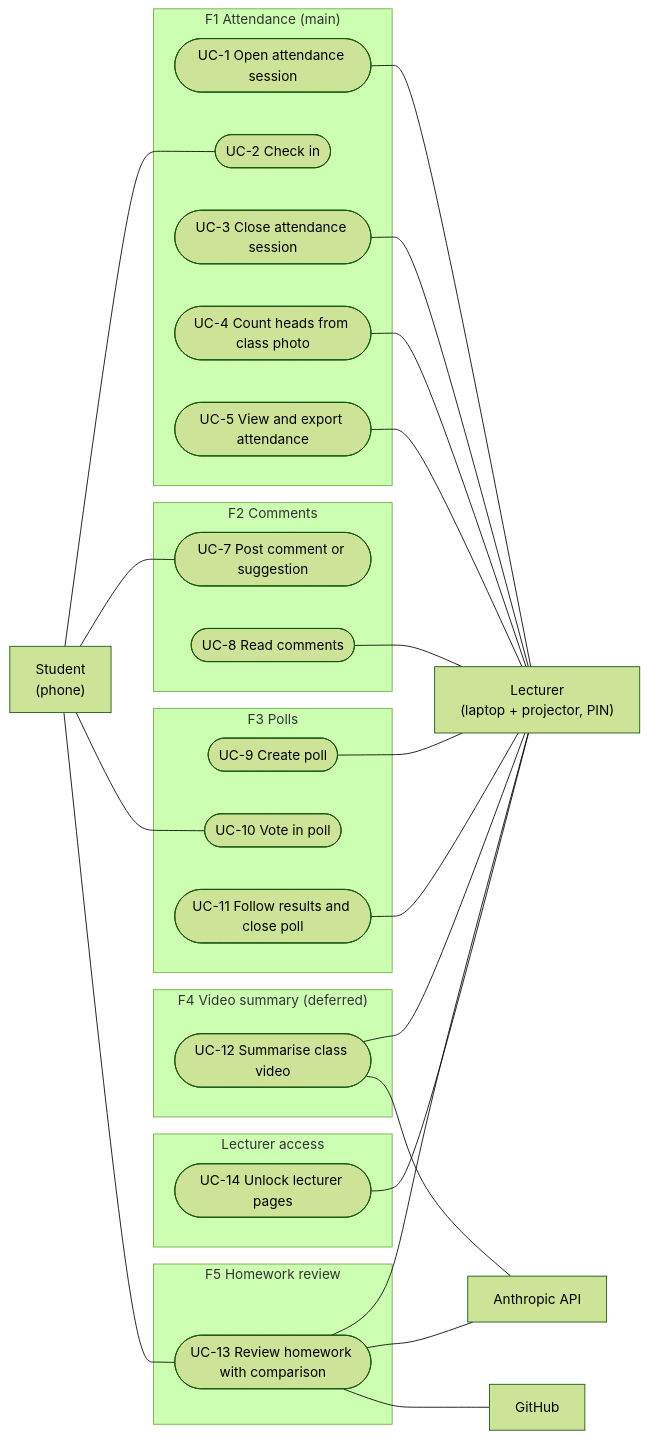
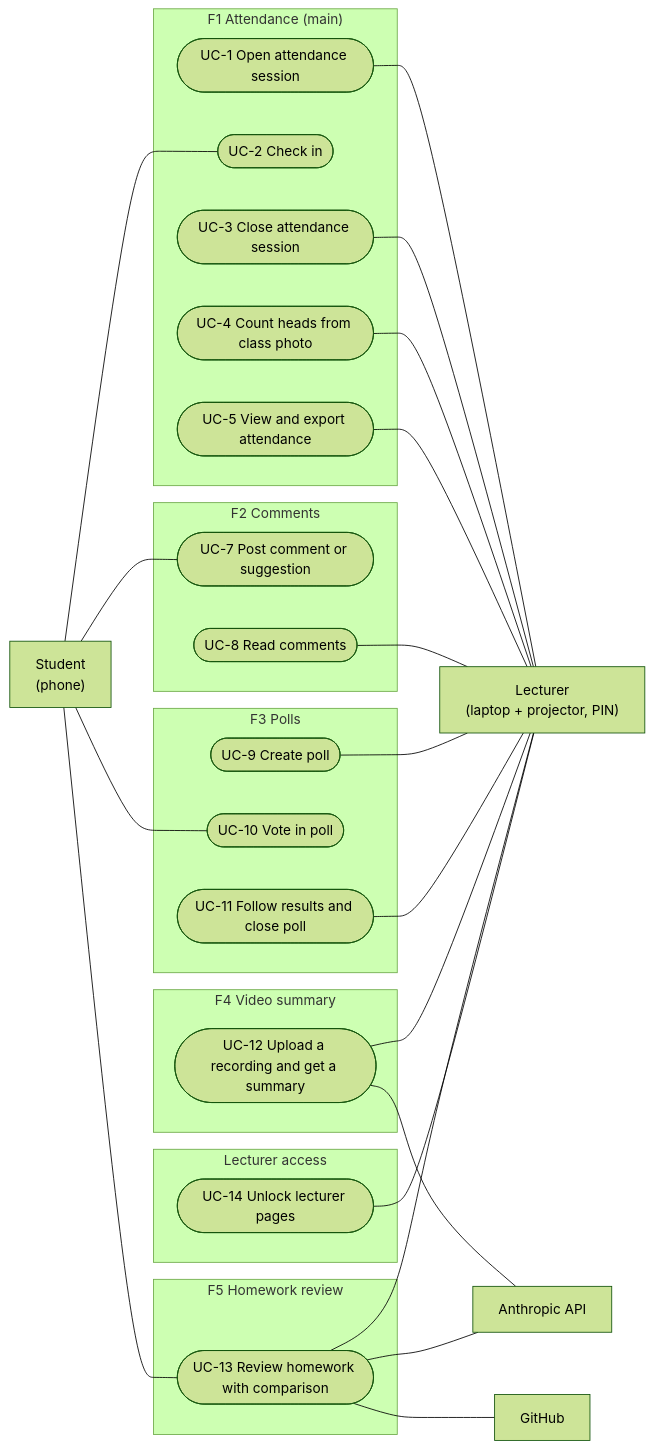
The first of 2 diagrams in docs/use_cases.md (ronsarfati/EX2-Teaching-Tool), drawn with Mermaid (forest theme) before and after one commit. The commit also changed other lines of this file and 6 other files, not shown here.

````diff
--- a/docs/use_cases.md
+++ b/docs/use_cases.md
@@ -27,53 +27,53 @@
 ```mermaid
 flowchart LR
   ST["Student<br/>(phone)"]
   LE["Lecturer<br/>(laptop + projector, PIN)"]
   AN["Anthropic API"]
   GH["GitHub"]
 
   subgraph F1["F1 Attendance (main)"]
     UC1(["UC-1 Open attendance session"])
     UC2(["UC-2 Check in"])
     UC3(["UC-3 Close attendance session"])
     UC4(["UC-4 Count heads from class photo"])
     UC5(["UC-5 View and export attendance"])
   end
   subgraph F2["F2 Comments"]
     UC7(["UC-7 Post comment or suggestion"])
     UC8(["UC-8 Read comments"])
   end
   subgraph F3["F3 Polls"]
     UC9(["UC-9 Create poll"])
     UC10(["UC-10 Vote in poll"])
     UC11(["UC-11 Follow results and close poll"])
   end
-  subgraph F4["F4 Video summary (deferred)"]
-    UC12(["UC-12 Summarise class video"])
+  subgraph F4["F4 Video summary"]
+    UC12(["UC-12 Upload a recording and get a summary"])
   end
   subgraph F5["F5 Homework review"]
     UC13(["UC-13 Review homework with comparison"])
   end
   subgraph ACC["Lecturer access"]
     UC14(["UC-14 Unlock lecturer pages"])
   end
 
   ST --- UC2
   ST --- UC7
   ST --- UC10
   ST --- UC13
 
   UC1 --- LE
   UC3 --- LE
   UC4 --- LE
   UC5 --- LE
   UC8 --- LE
   UC9 --- LE
   UC11 --- LE
   UC12 --- LE
   UC13 --- LE
   UC14 --- LE
 
   UC12 --- AN
   UC13 --- AN
   UC13 --- GH
 ```
````
